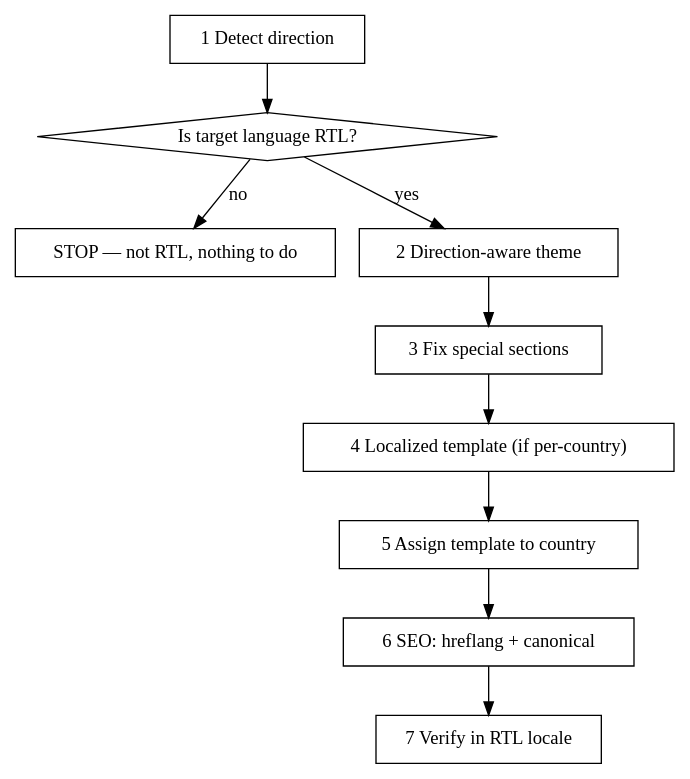
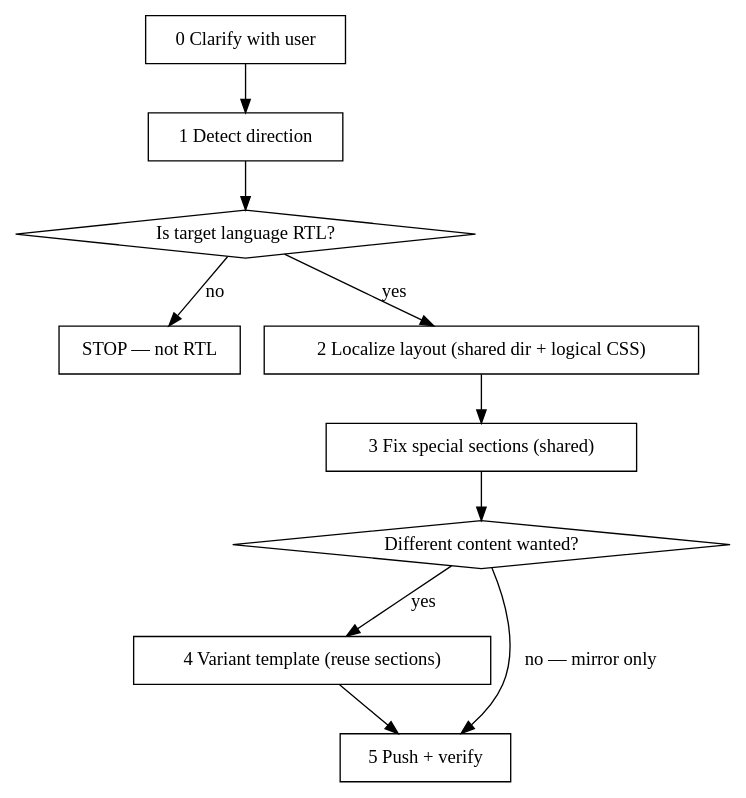
Before and after one commit to Fluid-WeCommerce/mist-skills: the diagram in themes/rtl-localization/SKILL.md, drawn with Graphviz. The commit also changed other lines of this file and 2 other files, not shown here.

First line of the commit message:
Rework RTL localization skill: file-based surface + ask-about-content flow

````diff
--- a/themes/rtl-localization/SKILL.md
+++ b/themes/rtl-localization/SKILL.md
@@ -39,22 +42,23 @@
 ```dot
 digraph rtl {
+  "0 Clarify with user" [shape=box];
   "1 Detect direction" [shape=box];
   "Is target language RTL?" [shape=diamond];
-  "STOP — not RTL, nothing to do" [shape=box];
-  "2 Direction-aware theme" [shape=box];
-  "3 Fix special sections" [shape=box];
-  "4 Localized template (if per-country)" [shape=box];
-  "5 Assign template to country" [shape=box];
-  "6 SEO: hreflang + canonical" [shape=box];
-  "7 Verify in RTL locale" [shape=box];
+  "STOP — not RTL" [shape=box];
+  "2 Localize layout (shared dir + logical CSS)" [shape=box];
+  "3 Fix special sections (shared)" [shape=box];
+  "Different content wanted?" [shape=diamond];
+  "4 Variant template (reuse sections)" [shape=box];
+  "5 Push + verify" [shape=box];
 
+  "0 Clarify with user" -> "1 Detect direction";
   "1 Detect direction" -> "Is target language RTL?";
-  "Is target language RTL?" -> "STOP — not RTL, nothing to do" [label="no"];
-  "Is target language RTL?" -> "2 Direction-aware theme" [label="yes"];
-  "2 Direction-aware theme" -> "3 Fix special sections";
-  "3 Fix special sections" -> "4 Localized template (if per-country)";
-  "4 Localized template (if per-country)" -> "5 Assign template to country";
-  "5 Assign template to country" -> "6 SEO: hreflang + canonical";
-  "6 SEO: hreflang + canonical" -> "7 Verify in RTL locale";
+  "Is target language RTL?" -> "STOP — not RTL" [label="no"];
+  "Is target language RTL?" -> "2 Localize layout (shared dir + logical CSS)" [label="yes"];
+  "2 Localize layout (shared dir + logical CSS)" -> "3 Fix special sections (shared)";
+  "3 Fix special sections (shared)" -> "Different content wanted?";
+  "Different content wanted?" -> "5 Push + verify" [label="no — mirror only"];
+  "Different content wanted?" -> "4 Variant template (reuse sections)" [label="yes"];
+  "4 Variant template (reuse sections)" -> "5 Push + verify";
 }
 ```
````
